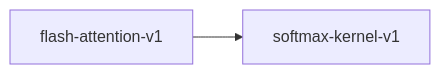
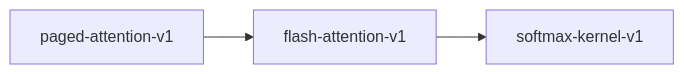
Before and after one commit to paiml/provable-contracts: the diagram in book/src/contracts/flash-attention-v1.md, drawn with Mermaid. The commit also changed other lines of this file and 136 other files, not shown here.

````diff
--- a/book/src/contracts/flash-attention-v1.md
+++ b/book/src/contracts/flash-attention-v1.md
@@ -18,4 +18,5 @@
 ```mermaid
 graph LR
     flash_attention_v1["flash-attention-v1"] --> softmax_kernel_v1["softmax-kernel-v1"]
+    paged_attention_v1["paged-attention-v1"] --> flash_attention_v1["flash-attention-v1"]
 ```
````
